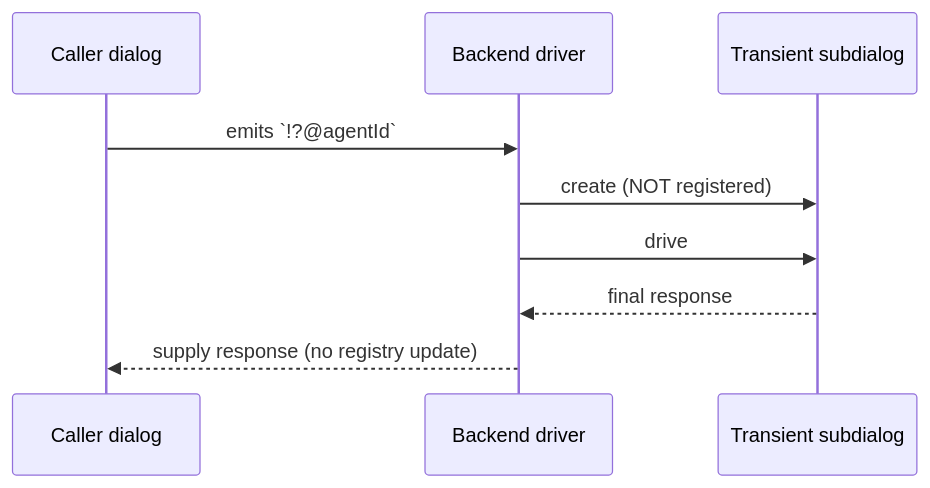
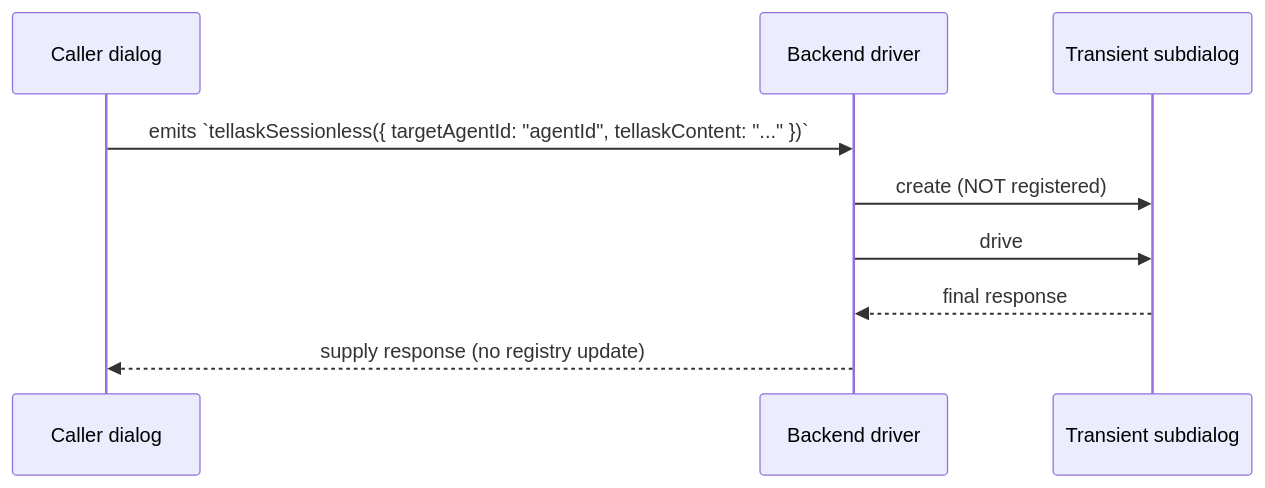
One commit to longrun-ai/dominds changed diagram 13 of 18 in docs/dialog-system.md. Above: the diagram before and after it, drawn with Mermaid. The commit also changed other lines of this file and 21 other files, not shown here.

````diff
--- a/docs/dialog-system.md
+++ b/docs/dialog-system.md
@@ -1137,12 +1137,12 @@
 ```mermaid
 sequenceDiagram
   participant Caller as Caller dialog
   participant Driver as Backend driver
   participant Sub as Transient subdialog
 
-  Caller->>Driver: emits `!?@agentId`
+  Caller->>Driver: emits `tellaskSessionless({ targetAgentId: "agentId", tellaskContent: "..." })`
   Driver->>Sub: create (NOT registered)
   Driver->>Sub: drive
   Sub-->>Driver: final response
   Driver-->>Caller: supply response (no registry update)
 ```
````
